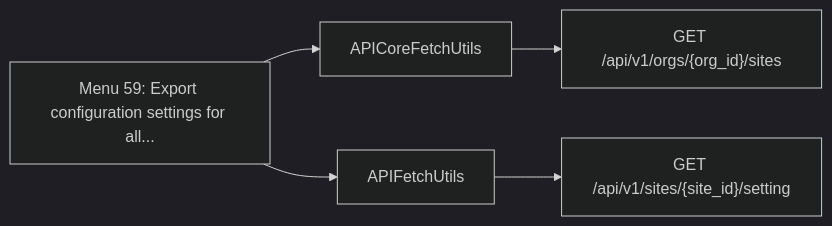
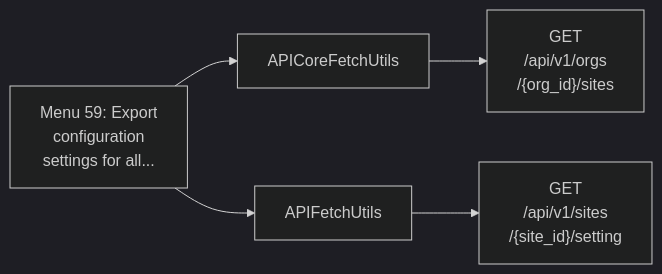
The fifth of 11 diagrams in documentation/menu-api/resource-intensive.md (jmorrison-juniper/MistHelper), drawn with Mermaid (dark theme) before and after one commit. The commit also changed other lines of this file and 19 other files, not shown here.

First line of the commit message:
docs(menu-api): fit the Mermaid diagrams to the wiki column

````diff
--- a/documentation/menu-api/resource-intensive.md
+++ b/documentation/menu-api/resource-intensive.md
@@ -151,8 +109,8 @@
 ```mermaid
 flowchart LR
-    menu["Menu 59: Export configuration settings for all..."]
+    menu["Menu 59: Export<br/>configuration<br/>settings for all..."]
     menu --> c1["APICoreFetchUtils"]
-    c1 --> e1["GET /api/v1/orgs/{org_id}/sites"]
+    c1 --> e1["GET<br/>/api/v1/orgs<br/>/{org_id}/sites"]
     menu --> c2["APIFetchUtils"]
-    c2 --> e2["GET /api/v1/sites/{site_id}/setting"]
+    c2 --> e2["GET<br/>/api/v1/sites<br/>/{site_id}/setting"]
 ```
````
